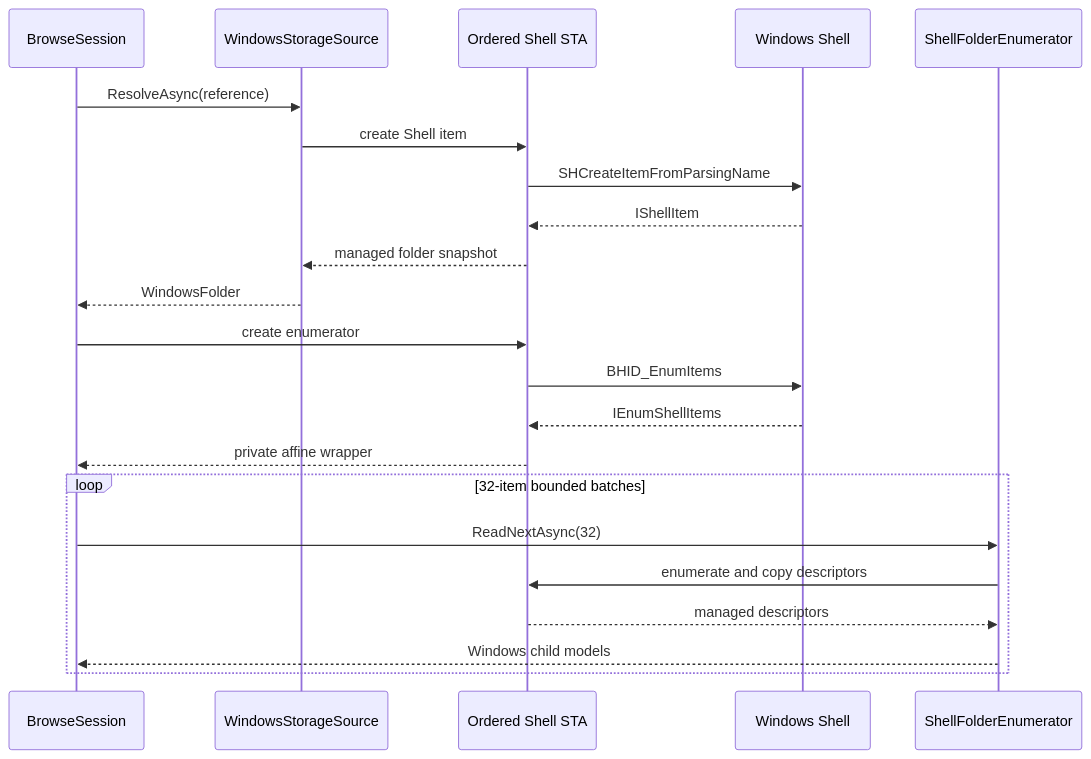
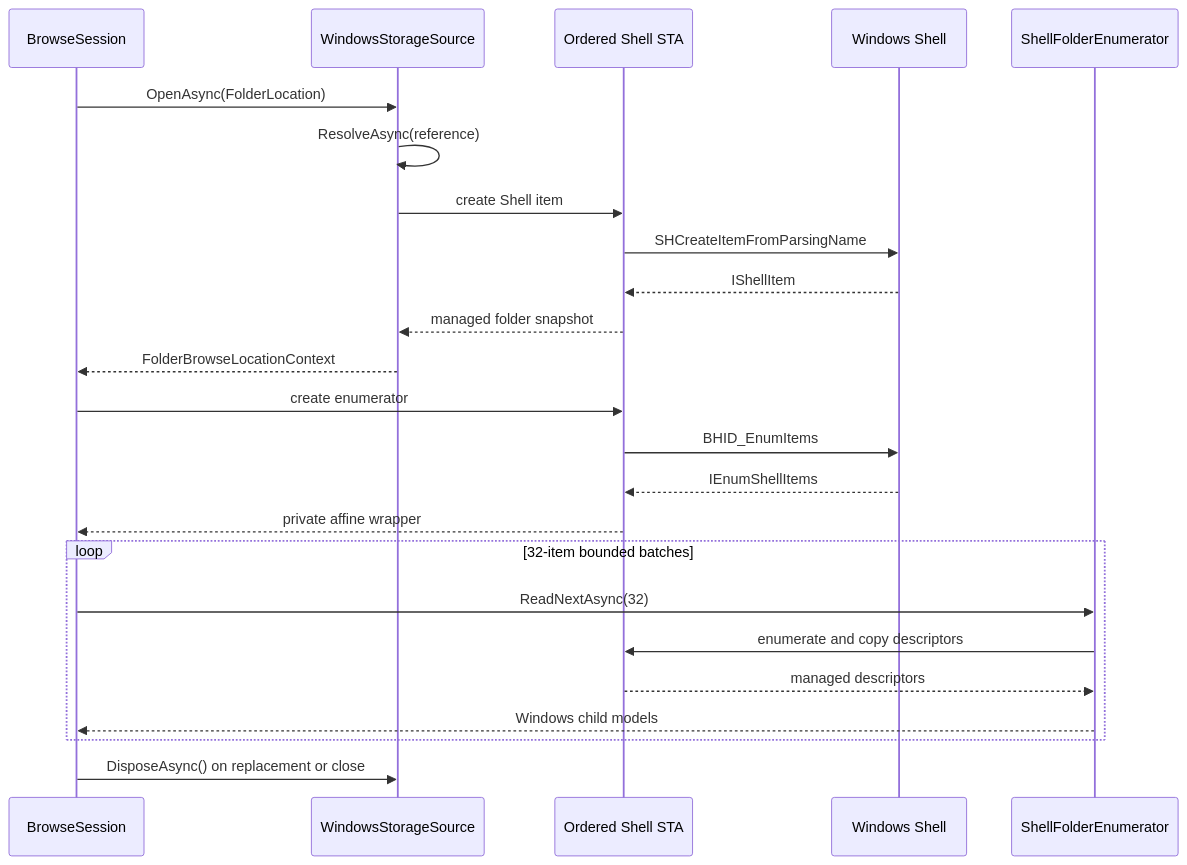
One commit to 0x5bfa/Files changed the sixth of 7 diagrams in docs/architecture/windows-storage.md. Above: the diagram before and after it, drawn with Mermaid. The commit also changed 12 other files, not shown here.

Commit message:
Introduce IBrowseLocationContext

````diff
--- a/docs/architecture/windows-storage.md
+++ b/docs/architecture/windows-storage.md
@@ -174,25 +174,27 @@
 ```mermaid
 sequenceDiagram
     participant Session as BrowseSession
     participant Source as WindowsStorageSource
     participant STA as Ordered Shell STA
     participant Shell as Windows Shell
     participant Enum as ShellFolderEnumerator
 
-    Session->>Source: ResolveAsync(reference)
+    Session->>Source: OpenAsync(FolderLocation)
+    Source->>Source: ResolveAsync(reference)
     Source->>STA: create Shell item
     STA->>Shell: SHCreateItemFromParsingName
     Shell-->>STA: IShellItem
     STA-->>Source: managed folder snapshot
-    Source-->>Session: WindowsFolder
+    Source-->>Session: FolderBrowseLocationContext
     Session->>STA: create enumerator
     STA->>Shell: BHID_EnumItems
     Shell-->>STA: IEnumShellItems
     STA-->>Session: private affine wrapper
     loop 32-item bounded batches
         Session->>Enum: ReadNextAsync(32)
         Enum->>STA: enumerate and copy descriptors
         STA-->>Enum: managed descriptors
         Enum-->>Session: Windows child models
     end
+    Session->>Source: DisposeAsync() on replacement or close
 ```
````
